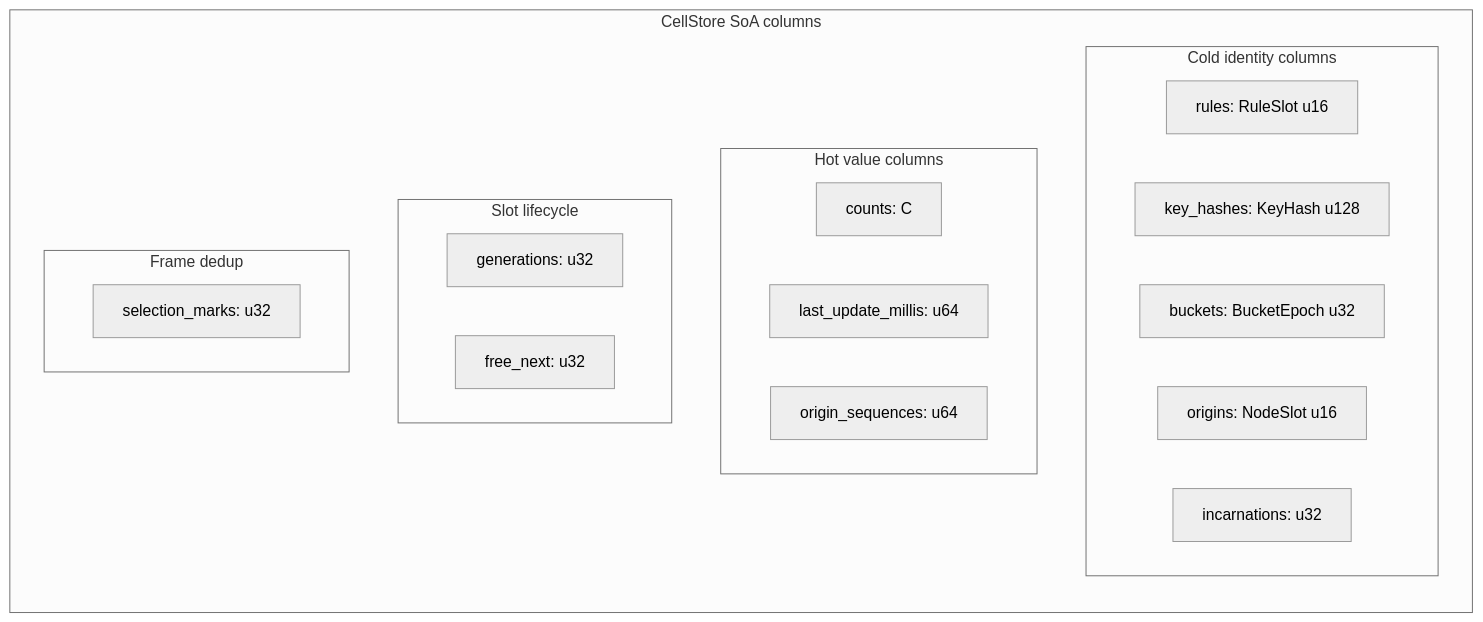
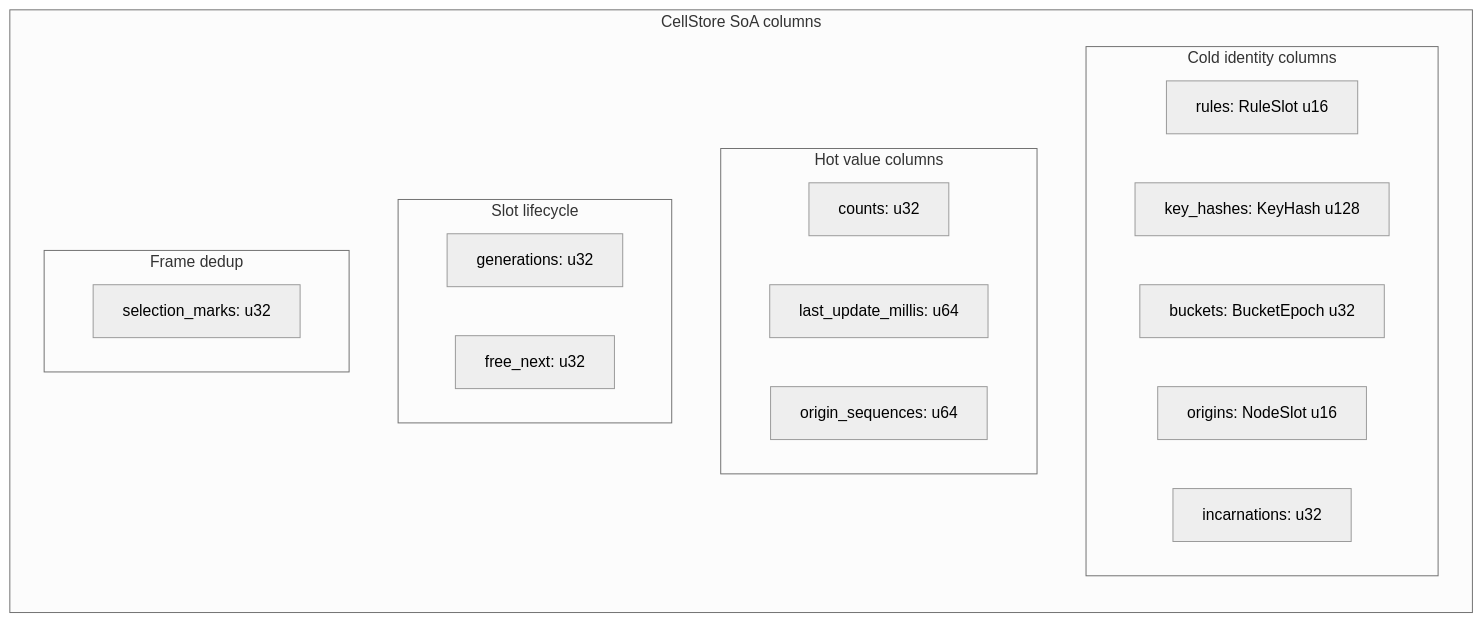
Diagram 13 of 19 in crates/gabion/CRDT.md (prosody-events/gabion), drawn with Mermaid (neutral theme) before and after one commit. The commit also changed other lines of this file and 62 other files, not shown here.

````diff
--- a/crates/gabion/CRDT.md
+++ b/crates/gabion/CRDT.md
@@ -640,25 +633,25 @@
 ```mermaid
 flowchart LR
   subgraph CellStore[CellStore SoA columns]
     direction TB
     subgraph cold[Cold identity columns]
       R[rules: RuleSlot u16]
       K[key_hashes: KeyHash u128]
       B[buckets: BucketEpoch u32]
       O[origins: NodeSlot u16]
       I[incarnations: u32]
     end
     subgraph hot[Hot value columns]
-      C[counts: C]
+      C[counts: u32]
       L[last_update_millis: u64]
       Q[origin_sequences: u64]
     end
     subgraph life[Slot lifecycle]
       G[generations: u32]
       F[free_next: u32]
     end
     subgraph dedup[Frame dedup]
       M[selection_marks: u32]
     end
   end
 ```
````
